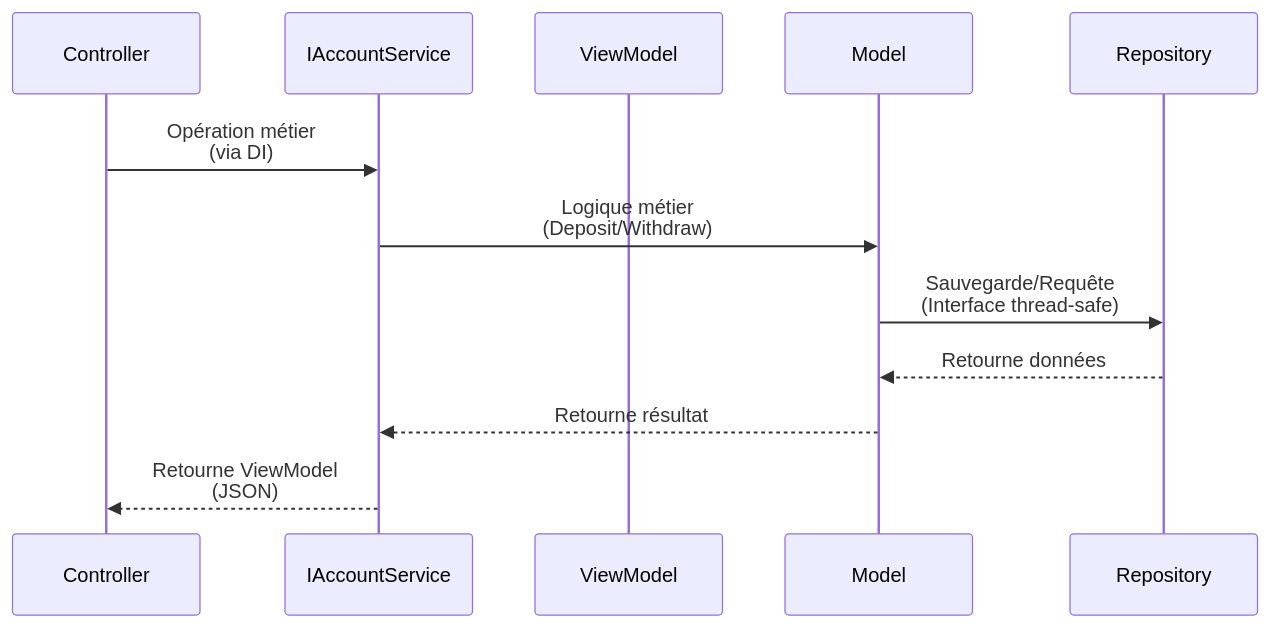
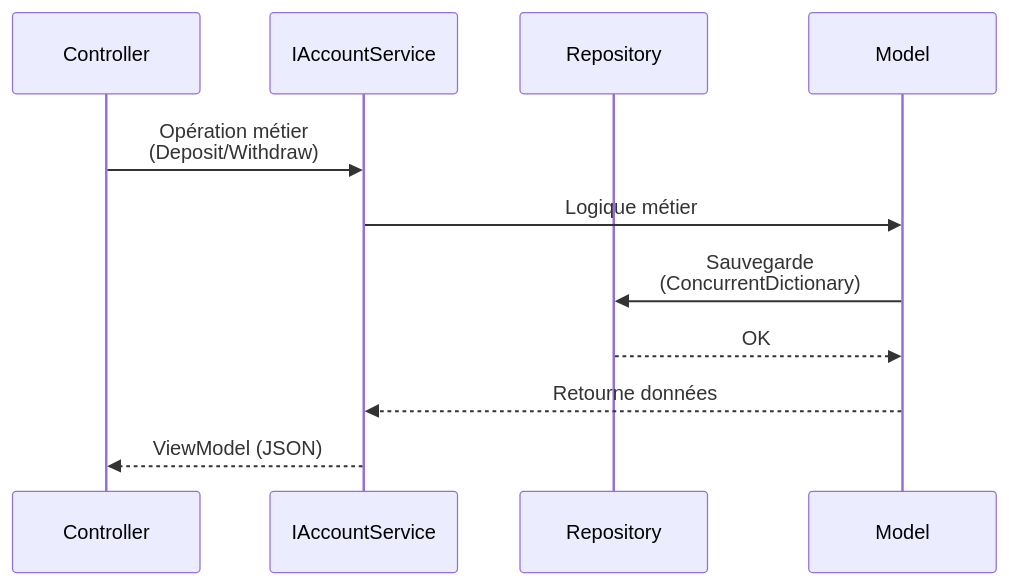
The second of 2 diagrams in README.md (EL-R1/BankingKata-MVVM), drawn with Mermaid before and after one commit. The commit also changed other lines of this file, not shown here.

Commit message:
Update README with correct architecture diagrams

````diff
--- a/README.md
+++ b/README.md
@@ -130,15 +99,14 @@
 ```mermaid
 sequenceDiagram
     participant C as Controller
     participant S as IAccountService
-    participant VM as ViewModel
+    participant R as Repository
     participant M as Model
-    participant R as Repository
 
-    C->>S: Opération métier<br/>(via DI)
-    S->>M: Logique métier<br/>(Deposit/Withdraw)
-    M->>R: Sauvegarde/Requête<br/>(Interface thread-safe)
-    R-->>M: Retourne données
-    M-->>S: Retourne résultat
-    S-->>C: Retourne ViewModel<br/>(JSON)
+    C->>S: Opération métier<br/>(Deposit/Withdraw)
+    S->>M: Logique métier
+    M->>R: Sauvegarde<br/>(ConcurrentDictionary)
+    R-->>M: OK
+    M-->>S: Retourne données
+    S-->>C: ViewModel (JSON)
 ```
````
